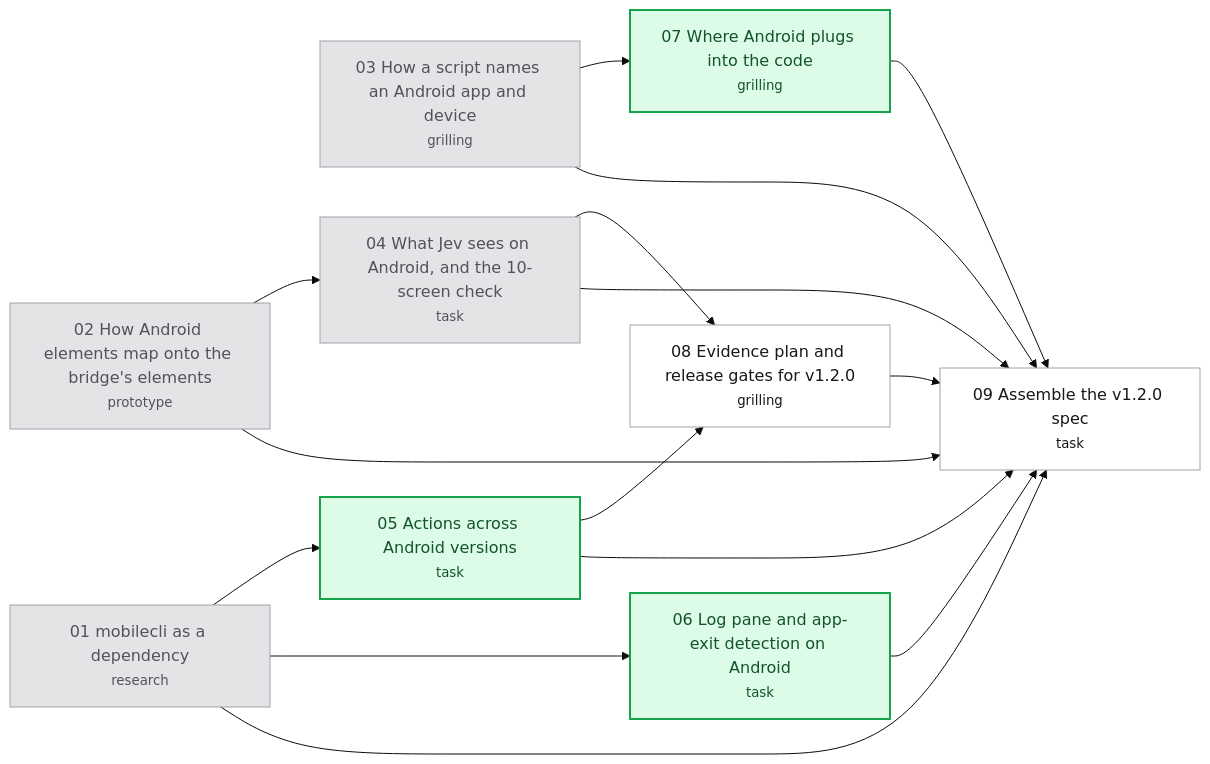
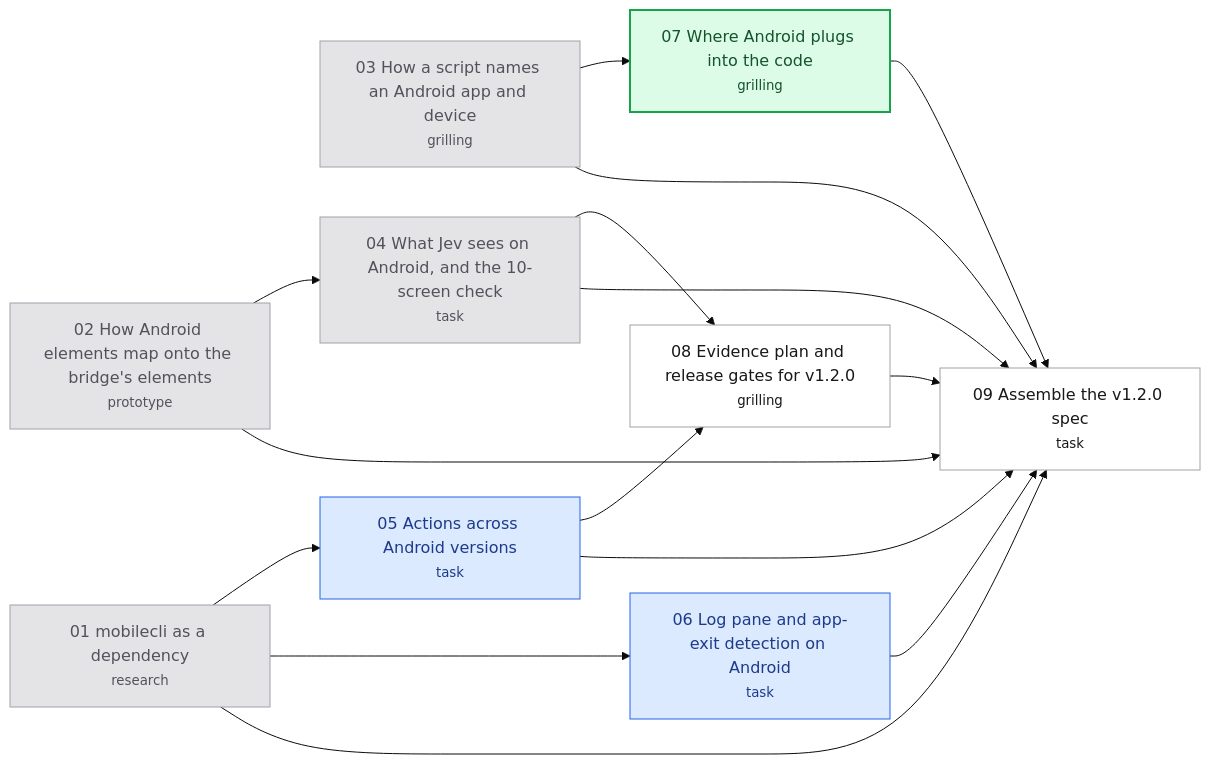
The diagram in .scratch/android-support/map.md (hugues-vnsgn/jev-ios-bridge), drawn with Mermaid (base theme) before and after one commit. The commit also changed 2 other files, not shown here.

Commit message:
wayfinder: claim "Actions across Android versions" and "Log pane and app-exit detection on Android" for subagents

````diff
--- a/.scratch/android-support/map.md
+++ b/.scratch/android-support/map.md
@@ -44,33 +44,34 @@
 ```mermaid
 flowchart LR
     T01["01 mobilecli as a dependency<br/><small>research</small>"]
     T02["02 How Android elements map onto the bridge's elements<br/><small>prototype</small>"]
     T03["03 How a script names an Android app and device<br/><small>grilling</small>"]
     T04["04 What Jev sees on Android, and the 10-screen check<br/><small>task</small>"]
     T05["05 Actions across Android versions<br/><small>task</small>"]
     T06["06 Log pane and app-exit detection on Android<br/><small>task</small>"]
     T07["07 Where Android plugs into the code<br/><small>grilling</small>"]
     T08["08 Evidence plan and release gates for v1.2.0<br/><small>grilling</small>"]
     T09["09 Assemble the v1.2.0 spec<br/><small>task</small>"]
     T02 --> T04
     T01 --> T05
     T01 --> T06
     T03 --> T07
     T04 --> T08
     T05 --> T08
     T01 --> T09
     T02 --> T09
     T03 --> T09
     T04 --> T09
     T05 --> T09
     T06 --> T09
     T07 --> T09
     T08 --> T09
     classDef resolved fill:#e4e4e7,stroke:#a1a1aa,color:#52525b
     classDef claimed fill:#dbeafe,stroke:#2563eb,color:#1e3a8a
     classDef frontier fill:#dcfce7,stroke:#16a34a,color:#14532d,stroke-width:2px
     classDef blocked fill:#ffffff,stroke:#a1a1aa,color:#18181b
     class T01,T02,T03,T04 resolved
-    class T05,T06,T07 frontier
+    class T05,T06 claimed
+    class T07 frontier
     class T08,T09 blocked
 ```
````
